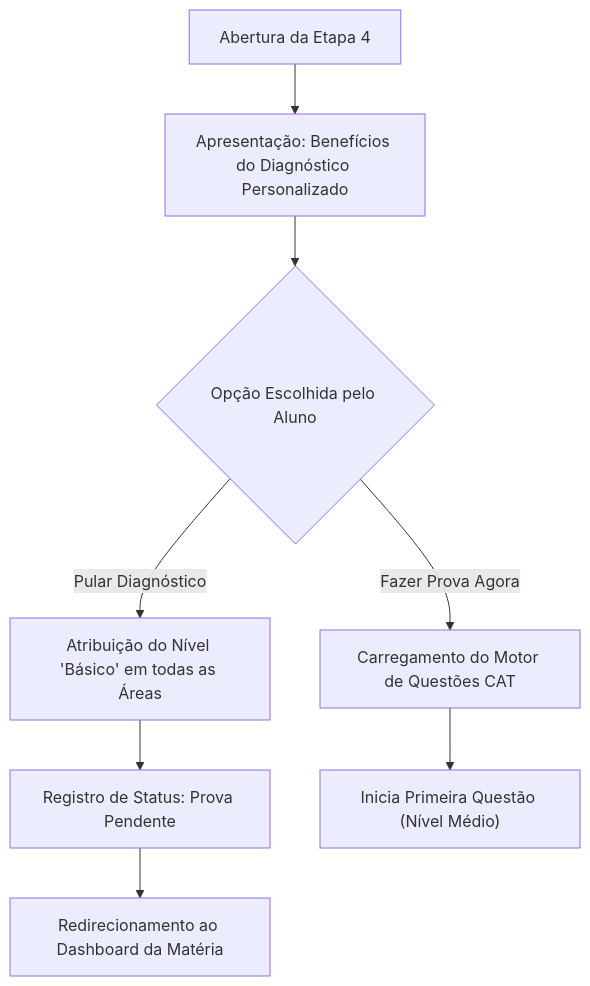
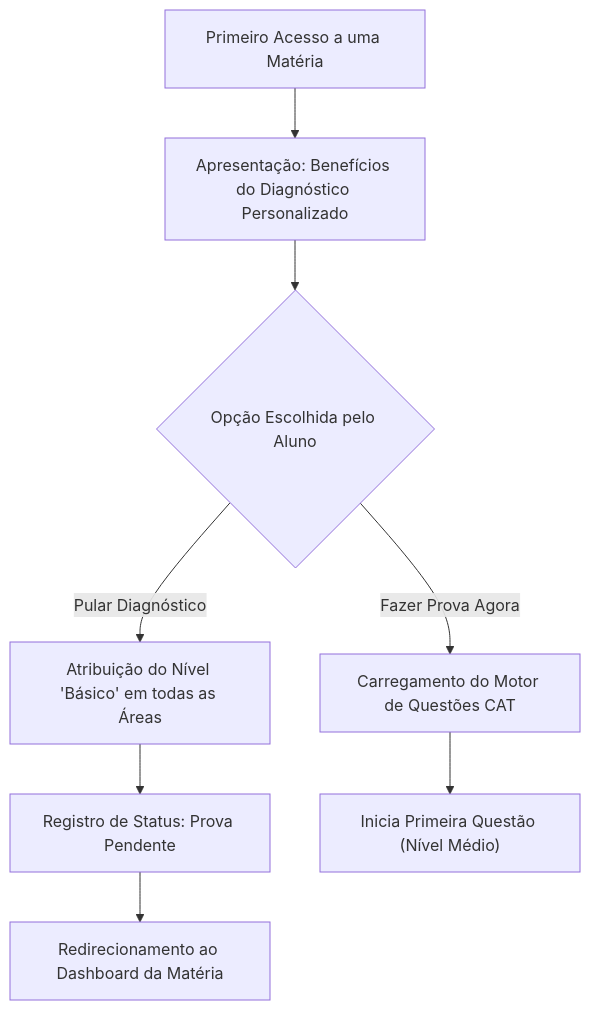
The first of 3 diagrams in docs-site/docs/modules/onboarding/flow/proficiencia.md (SiadeLucas/Tutor-Inteligente), drawn with Mermaid before and after one commit. The commit also changed other lines of this file and 45 other files, not shown here.

````diff
--- a/docs-site/docs/modules/onboarding/flow/proficiencia.md
+++ b/docs-site/docs/modules/onboarding/flow/proficiencia.md
@@ -17,10 +20,10 @@
 ```mermaid
 flowchart TD
-    A["Abertura da Etapa 4"] --> B["Apresentação: Benefícios do Diagnóstico Personalizado"]
+    A["Primeiro Acesso a uma Matéria"] --> B["Apresentação: Benefícios do Diagnóstico Personalizado"]
     B --> C{"Opção Escolhida pelo Aluno"}
     C -->|"Fazer Prova Agora"| D["Carregamento do Motor de Questões CAT"]
     C -->|"Pular Diagnóstico"| E["Atribuição do Nível 'Básico' em todas as Áreas"]
     E --> F["Registro de Status: Prova Pendente"]
     F --> G["Redirecionamento ao Dashboard da Matéria"]
     D --> H["Inicia Primeira Questão (Nível Médio)"]
 ```
````
